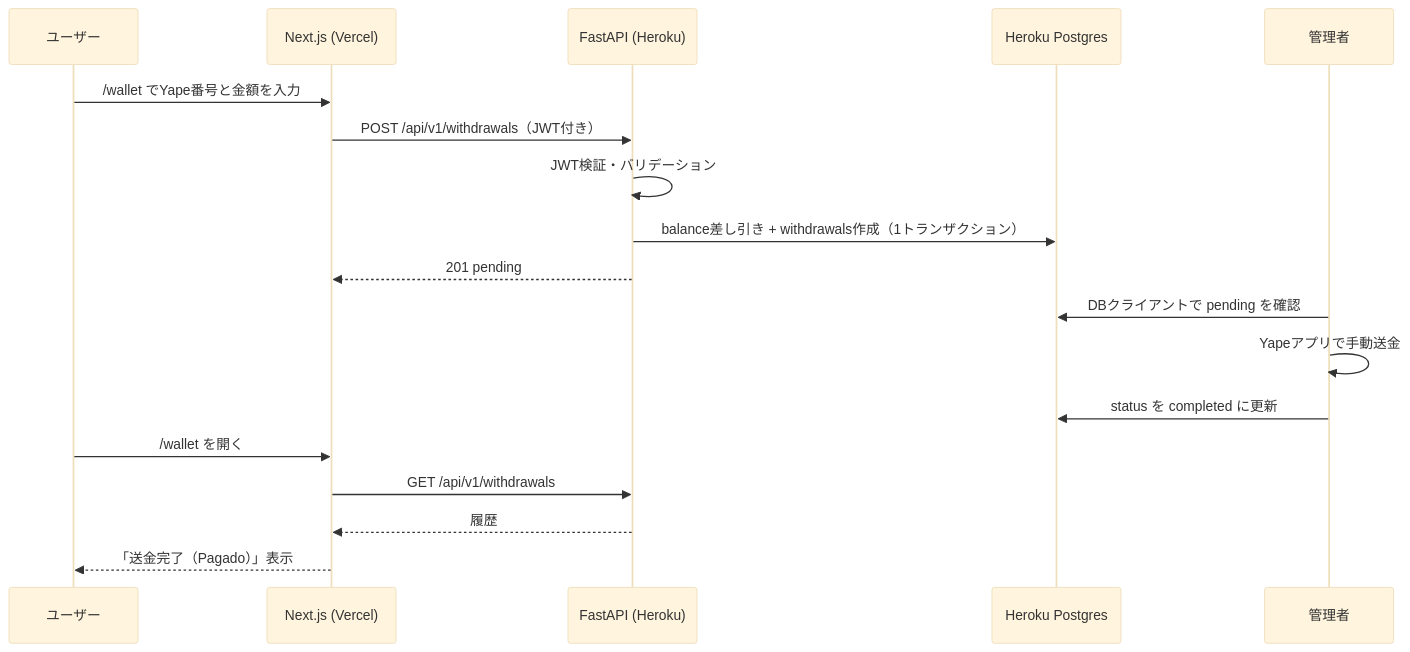
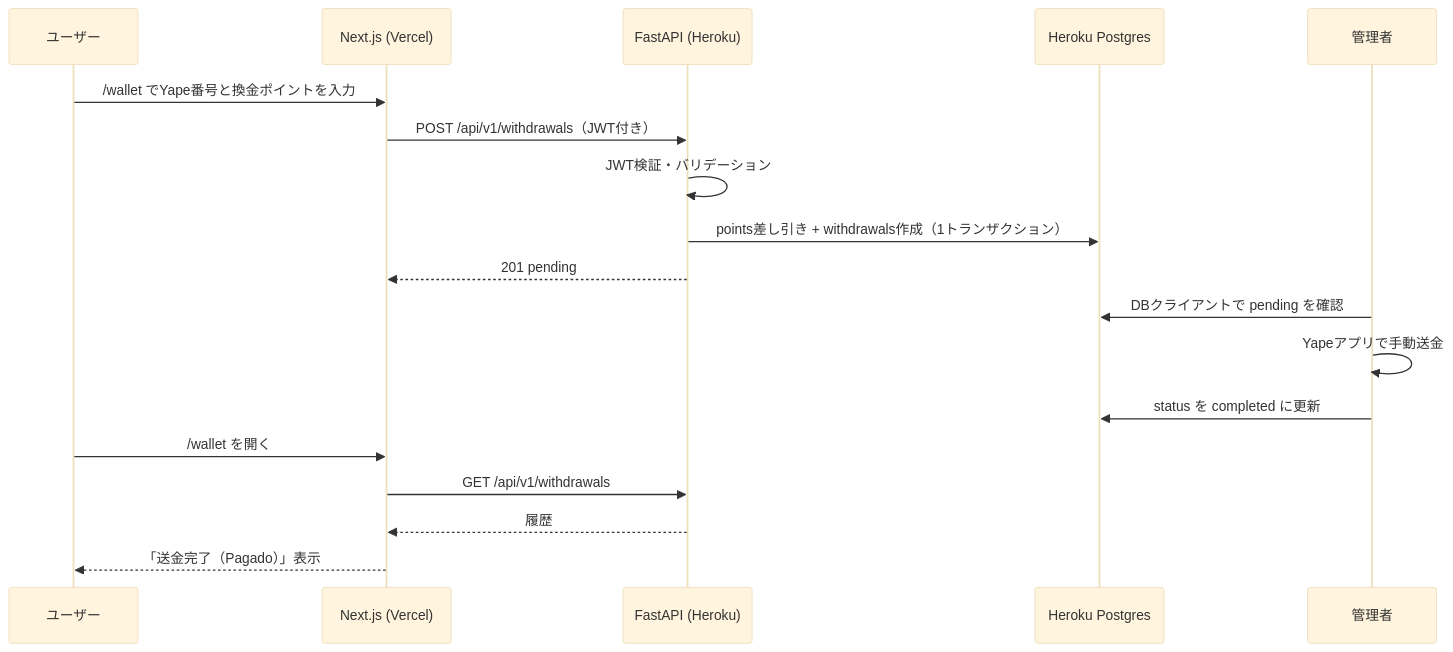
Before and after one commit to kervint1/Rewardo: the second of 2 diagrams in docs/requirements/05-api-design.md, drawn with Mermaid (base theme). The commit also changed other lines of this file and 20 other files, not shown here.

````diff
--- a/docs/requirements/05-api-design.md
+++ b/docs/requirements/05-api-design.md
@@ -278,21 +283,21 @@
 ```mermaid
 sequenceDiagram
     participant U as ユーザー
     participant FE as Next.js (Vercel)
     participant API as FastAPI (Heroku)
     participant DB as Heroku Postgres
     participant Ad as 管理者
 
-    U->>FE: /wallet でYape番号と金額を入力
+    U->>FE: /wallet でYape番号と換金ポイントを入力
     FE->>API: POST /api/v1/withdrawals（JWT付き）
     API->>API: JWT検証・バリデーション
-    API->>DB: balance差し引き + withdrawals作成（1トランザクション）
+    API->>DB: points差し引き + withdrawals作成（1トランザクション）
     API-->>FE: 201 pending
     Ad->>DB: DBクライアントで pending を確認
     Ad->>Ad: Yapeアプリで手動送金
     Ad->>DB: status を completed に更新
     U->>FE: /wallet を開く
     FE->>API: GET /api/v1/withdrawals
     API-->>FE: 履歴
     FE-->>U: 「送金完了（Pagado）」表示
 ```
````
